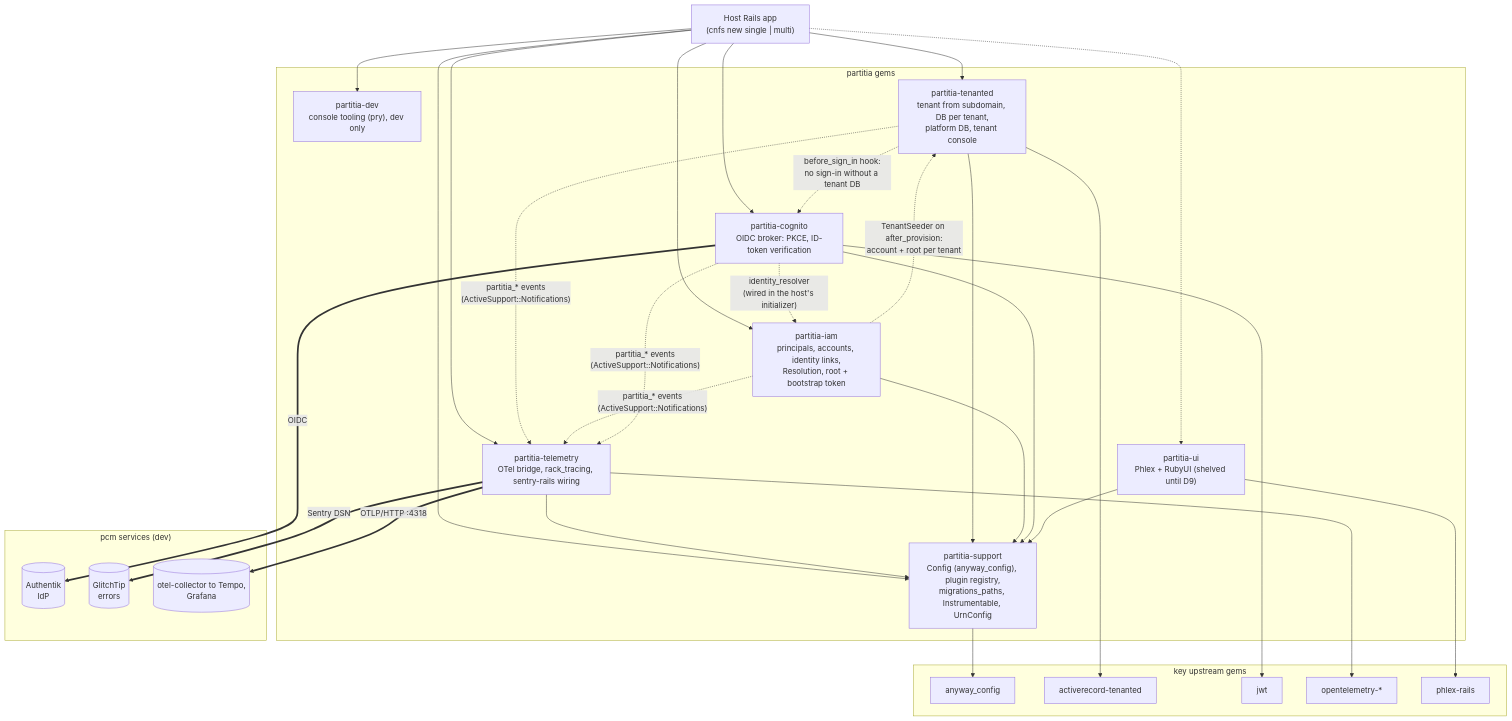
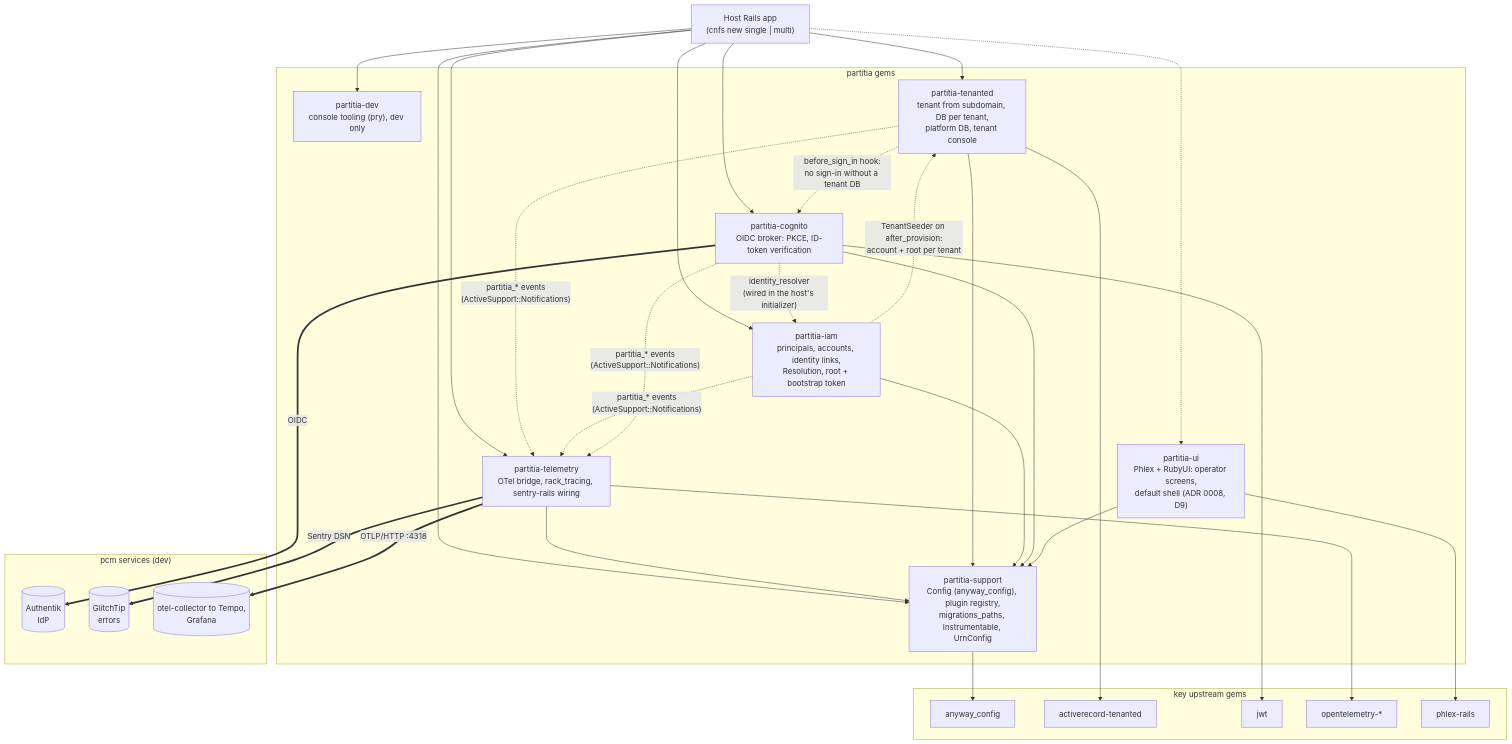
The first of 9 diagrams in DIAGRAMS.md (cnfs-io/partitia), drawn with Mermaid before and after one commit. The commit also changed 2 other files, not shown here.

Commit message:
ROADMAP, ARCHITECTURE §8, DIAGRAMS: ADR 0008 (headless core, partitia-ui owns screens and the shell, navigation registry in support, design tokens); headless cleanup after the pause; D9 starts with a spike
Claude-Session: https://claude.ai/code/session_018TMoefJWQ8FWRNRj8Ezp3i

````diff
--- a/DIAGRAMS.md
+++ b/DIAGRAMS.md
@@ -13,52 +13,52 @@
 ```mermaid
 flowchart TB
   host["Host Rails app<br/>(cnfs new single | multi)"]
 
   subgraph partitia["partitia gems"]
     support["partitia-support<br/>Config (anyway_config), plugin registry,<br/>migrations_paths, Instrumentable, UrnConfig"]
     dev["partitia-dev<br/>console tooling (pry), dev only"]
     telemetry["partitia-telemetry<br/>OTel bridge, rack_tracing, sentry-rails wiring"]
     tenanted["partitia-tenanted<br/>tenant from subdomain, DB per tenant,<br/>platform DB, tenant console"]
     iam["partitia-iam<br/>principals, accounts, identity links,<br/>Resolution, root + bootstrap token"]
     cognito["partitia-cognito<br/>OIDC broker: PKCE, ID-token verification"]
-    ui["partitia-ui<br/>Phlex + RubyUI (shelved until D9)"]
+    ui["partitia-ui<br/>Phlex + RubyUI: operator screens,<br/>default shell (ADR 0008, D9)"]
   end
 
   subgraph ext["key upstream gems"]
     anyway["anyway_config"]
     art["activerecord-tenanted"]
     jwt["jwt"]
     otel["opentelemetry-*"]
     phlex["phlex-rails"]
   end
 
   subgraph pcm["pcm services (dev)"]
     authentik[("Authentik<br/>IdP")]
     glitchtip[("GlitchTip<br/>errors")]
     tempo[("otel-collector to Tempo,<br/>Grafana")]
   end
 
   host --> support & dev & telemetry & tenanted & iam & cognito
   host -.-> ui
 
   telemetry --> support
   tenanted --> support
   iam --> support
   cognito --> support
   ui --> support
 
   support --> anyway
   tenanted --> art
   cognito --> jwt
   telemetry --> otel
   ui --> phlex
 
   cognito -. "identity_resolver<br/>(wired in the host's initializer)" .-> iam
   tenanted -. "before_sign_in hook:<br/>no sign-in without a tenant DB" .-> cognito
   iam -. "TenantSeeder on after_provision:<br/>account + root per tenant" .-> tenanted
   tenanted & iam & cognito -. "partitia_* events<br/>(ActiveSupport::Notifications)" .-> telemetry
 
   cognito == "OIDC" ==> authentik
   telemetry == "OTLP/HTTP :4318" ==> tempo
   telemetry == "Sentry DSN" ==> glitchtip
 ```
````
